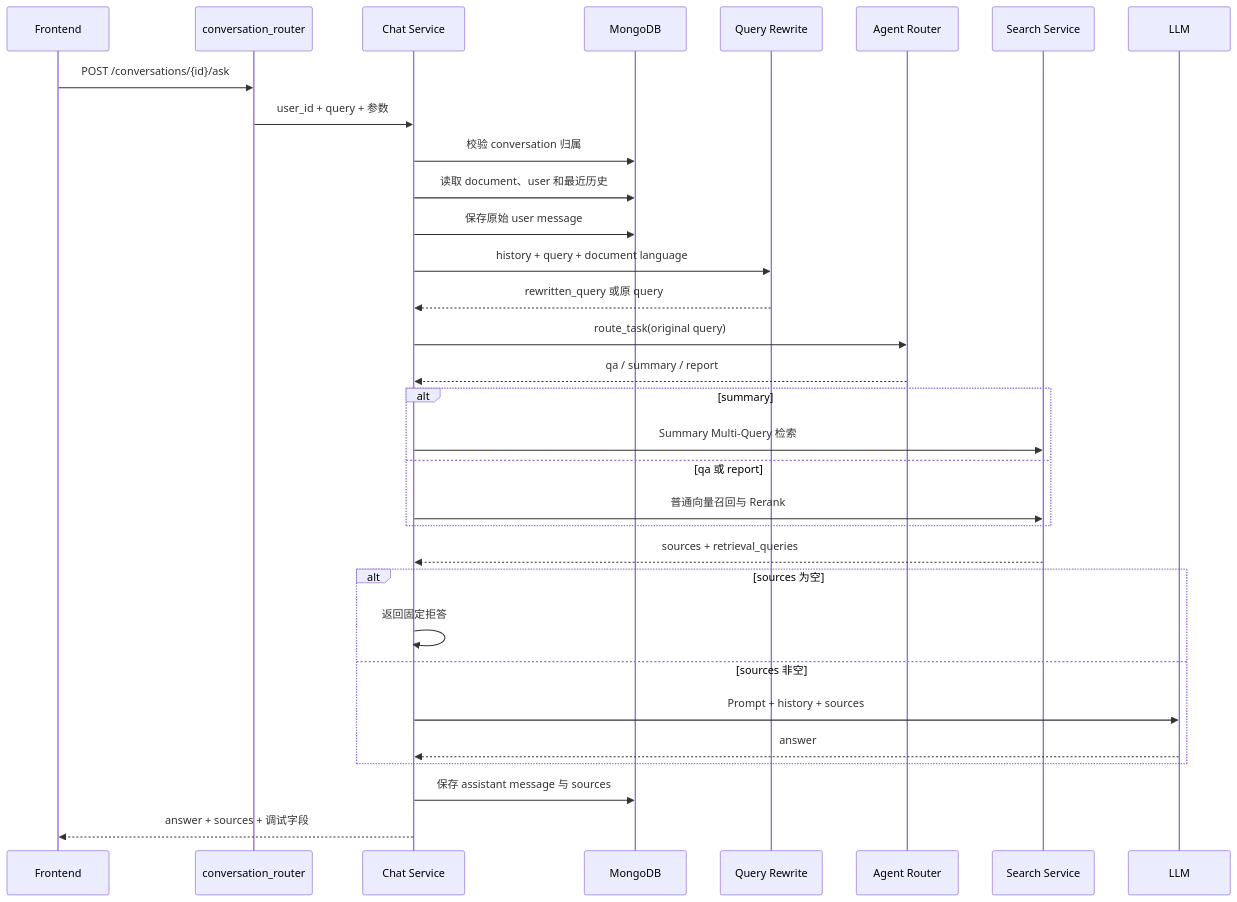
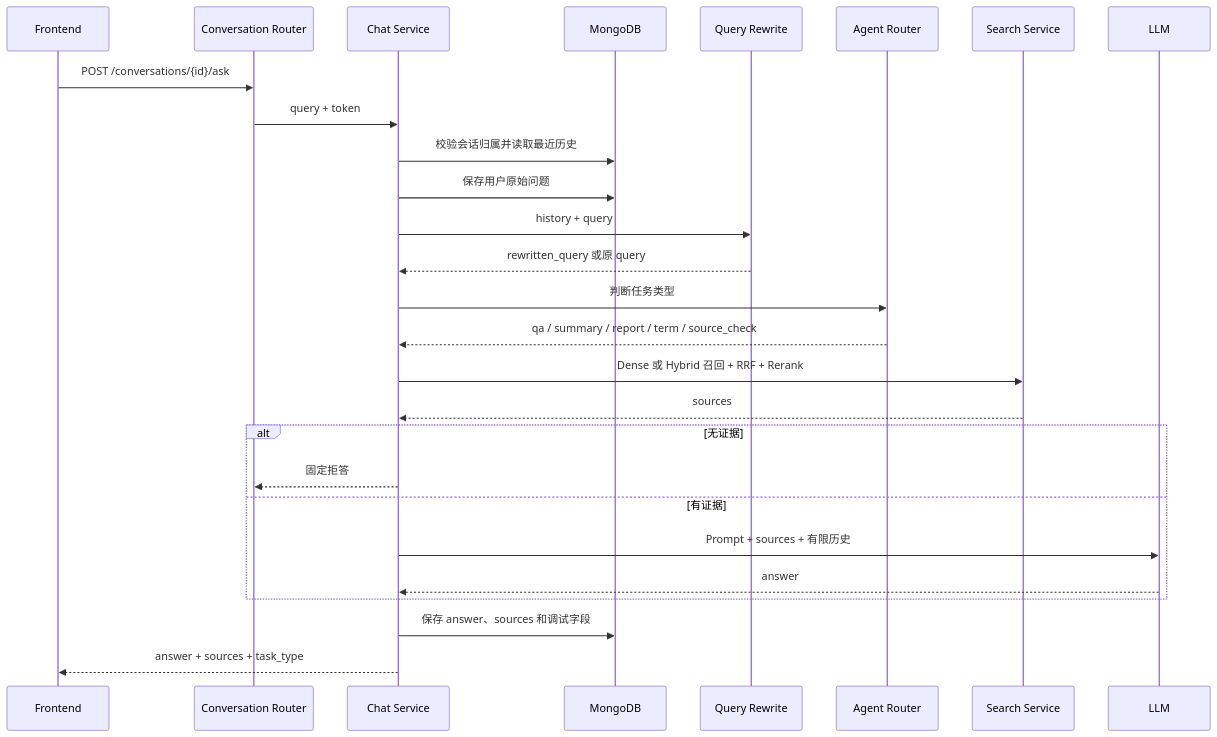
One commit to ljiaming-0218/DocRag changed the third of 3 diagrams in medrag/docs/系统架构图.md. Above: the diagram before and after it, drawn with Mermaid. The commit also changed other lines of this file and 9 other files, not shown here.

````diff
--- a/medrag/docs/系统架构图.md
+++ b/medrag/docs/系统架构图.md
@@ -100,39 +56,30 @@
 ```mermaid
 sequenceDiagram
     participant F as Frontend
-    participant R as conversation_router
-    participant C as Chat Service
+    participant C as Conversation Router
+    participant S as Chat Service
     participant M as MongoDB
     participant Q as Query Rewrite
     participant A as Agent Router
-    participant S as Search Service
+    participant R as Search Service
     participant L as LLM
 
-    F->>R: POST /conversations/{id}/ask
-    R->>C: user_id + query + 参数
-    C->>M: 校验 conversation 归属
-    C->>M: 读取 document、user 和最近历史
-    C->>M: 保存原始 user message
-    C->>Q: history + query + document language
-    Q-->>C: rewritten_query 或原 query
-    C->>A: route_task(original query)
-    A-->>C: qa / summary / report
-
-    alt summary
-        C->>S: Summary Multi-Query 检索
-    else qa 或 report
-        C->>S: 普通向量召回与 Rerank
+    F->>C: POST /conversations/{id}/ask
+    C->>S: query + token
+    S->>M: 校验会话归属并读取最近历史
+    S->>M: 保存用户原始问题
+    S->>Q: history + query
+    Q-->>S: rewritten_query 或原 query
+    S->>A: 判断任务类型
+    A-->>S: qa / summary / report / term / source_check
+    S->>R: Dense 或 Hybrid 召回 + RRF + Rerank
+    R-->>S: sources
+    alt 无证据
+        S-->>C: 固定拒答
+    else 有证据
+        S->>L: Prompt + sources + 有限历史
+        L-->>S: answer
     end
-
-    S-->>C: sources + retrieval_queries
-
-    alt sources 为空
-        C->>C: 返回固定拒答
-    else sources 非空
-        C->>L: Prompt + history + sources
-        L-->>C: answer
-    end
-
-    C->>M: 保存 assistant message 与 sources
-    C-->>F: answer + sources + 调试字段
+    S->>M: 保存 answer、sources 和调试字段
+    S-->>F: answer + sources + task_type
 ```
````
